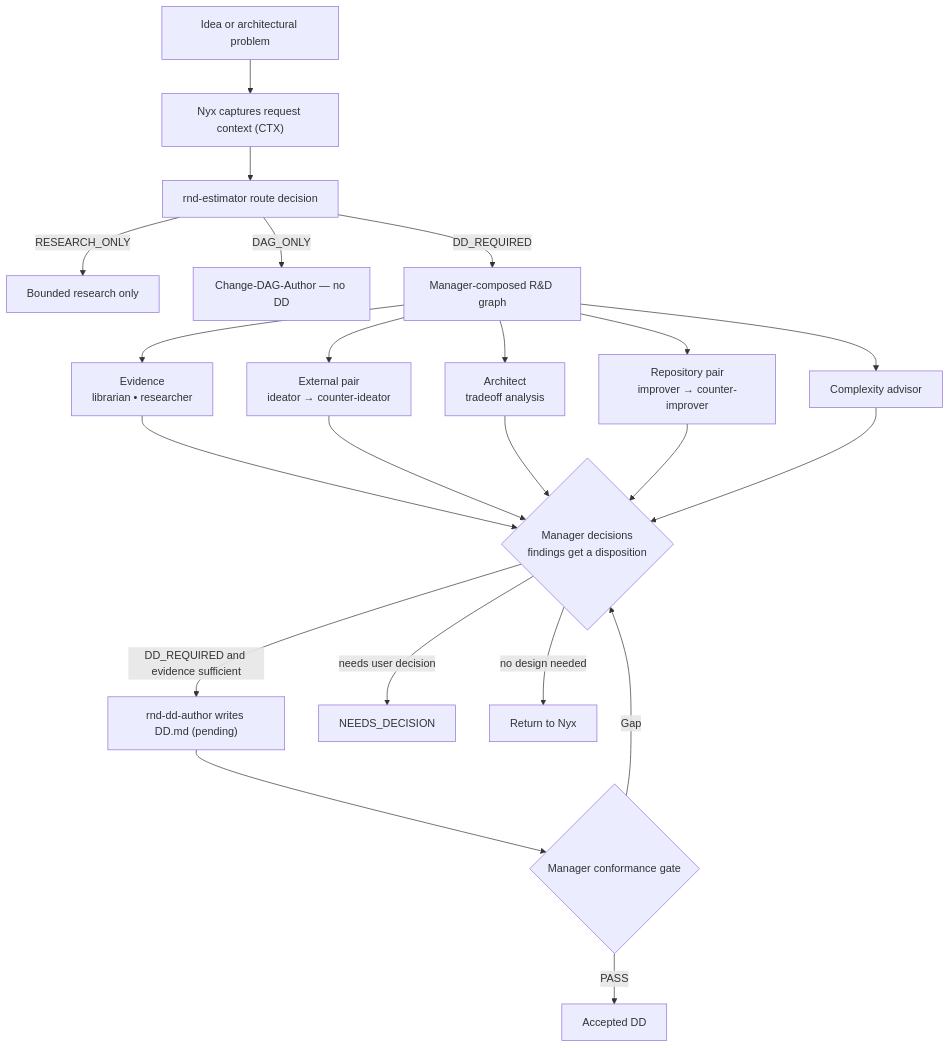
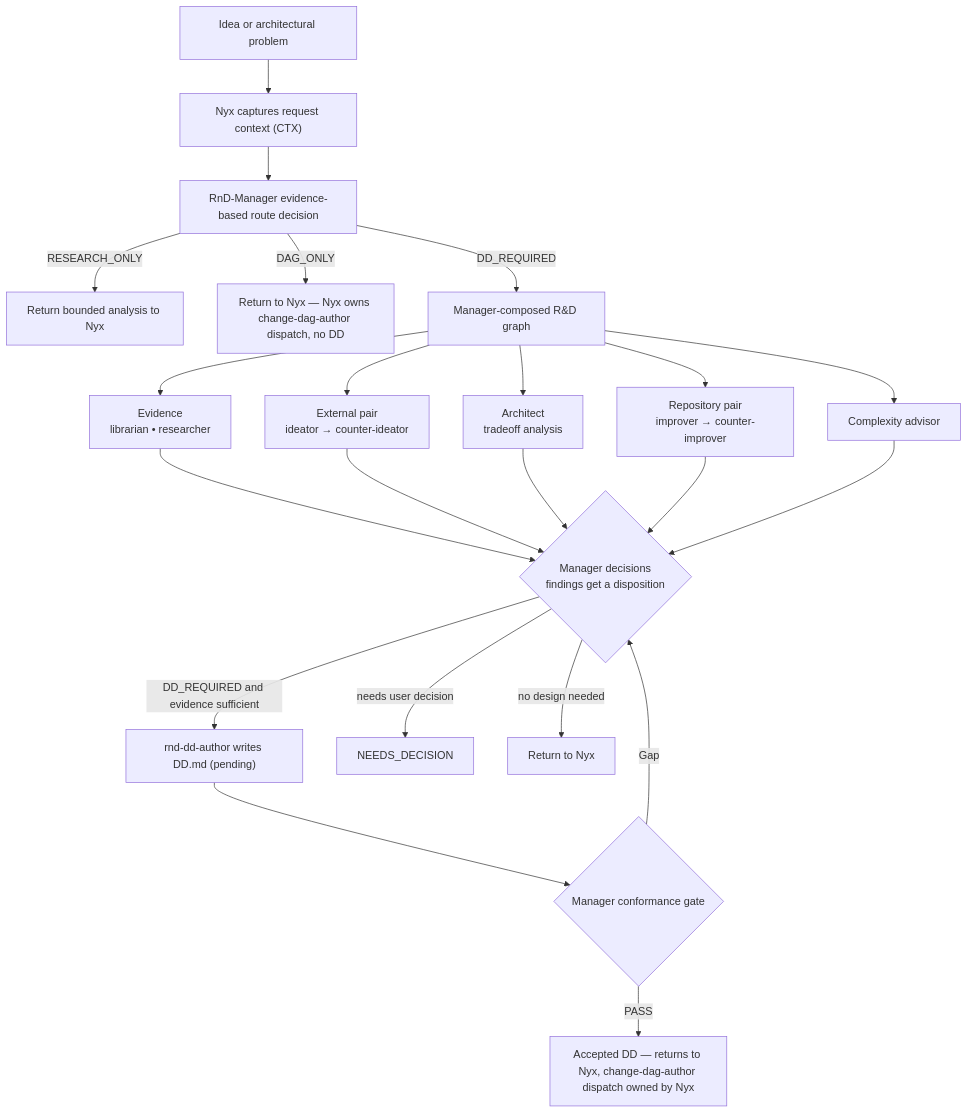
The diagram in docs/architecture/rnd-and-design.md (xiaden/SkyScow), drawn with Mermaid before and after one commit. The commit also changed other lines of this file and 12 other files, not shown here.

First line of the commit message:
refactor(routing): align Nyx, R&D, and Change DAG ownership

````diff
--- a/docs/architecture/rnd-and-design.md
+++ b/docs/architecture/rnd-and-design.md
@@ -7,29 +7,29 @@
 ```mermaid
 flowchart TD
     U["Idea or architectural problem"] --> C["Nyx captures request context (CTX)"]
-    C --> R["rnd-estimator route decision"]
+    C --> R["RnD-Manager evidence-based route decision"]
 
-    R -->|RESEARCH_ONLY| RO["Bounded research only"]
-    R -->|DAG_ONLY| DAGO["Change-DAG-Author — no DD"]
+    R -->|RESEARCH_ONLY| RO["Return bounded analysis to Nyx"]
+    R -->|DAG_ONLY| DAGO["Return to Nyx — Nyx owns change-dag-author dispatch, no DD"]
     R -->|DD_REQUIRED| G["Manager-composed R&D graph"]
 
     G --> EV["Evidence<br/>librarian • researcher"]
     G --> EX["External pair<br/>ideator → counter-ideator"]
     G --> AR["Architect<br/>tradeoff analysis"]
     G --> RP["Repository pair<br/>improver → counter-improver"]
     G --> CX["Complexity advisor"]
 
     EV --> M{"Manager decisions<br/>findings get a disposition"}
     EX --> M
     AR --> M
     RP --> M
     CX --> M
 
     M -->|DD_REQUIRED and evidence sufficient| DD["rnd-dd-author writes DD.md (pending)"]
     M -->|needs user decision| ND["NEEDS_DECISION"]
     M -->|no design needed| DONE["Return to Nyx"]
 
     DD --> V{"Manager conformance gate"}
-    V -->|PASS| ACC["Accepted DD"]
+    V -->|PASS| ACC["Accepted DD — returns to Nyx, change-dag-author dispatch owned by Nyx"]
     V -->|Gap| M
 ```
````
